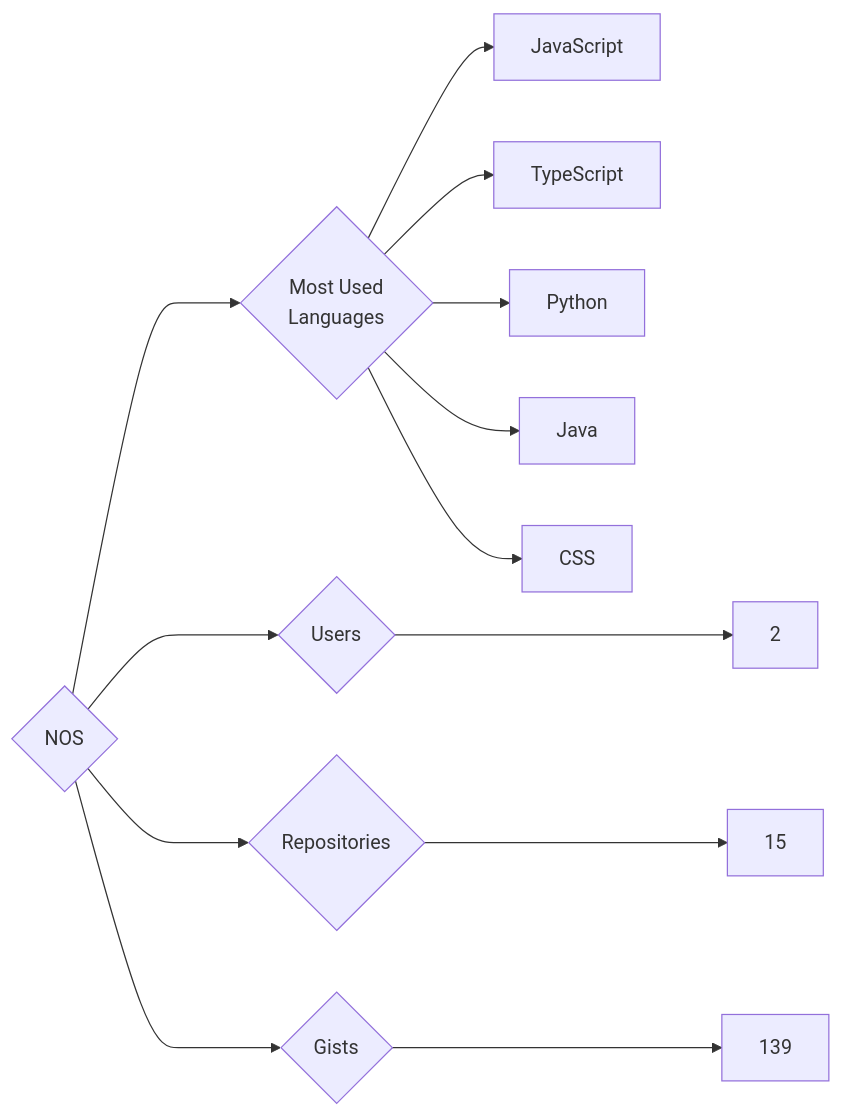
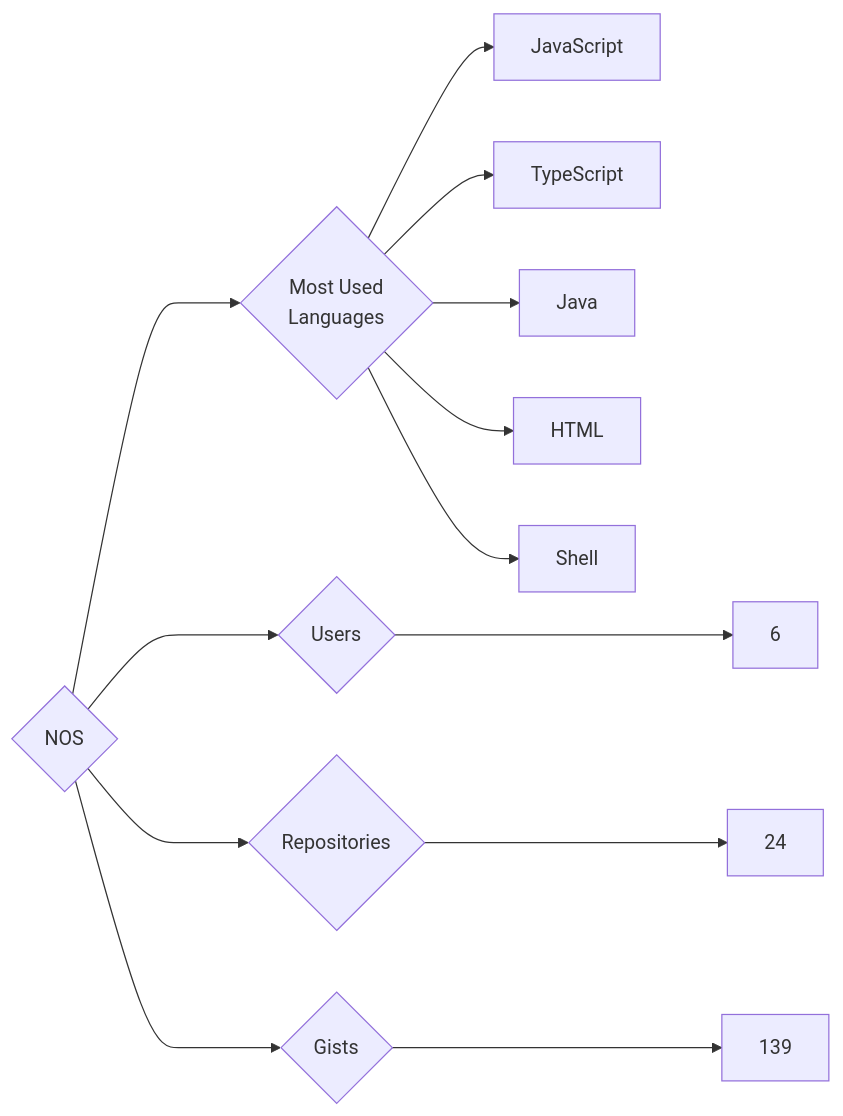
Before and after one commit to trickest/insiders: the diagram in targets/NOS/README.md, drawn with Mermaid. The commit also changed 765 other files, not shown here.

````diff
--- a/targets/NOS/README.md
+++ b/targets/NOS/README.md
@@ -3,13 +3,13 @@
 ```mermaid
 graph LR
 COMPANY_NAME{NOS}
-COMPANY_NAME ---> U{Users} ---> UN[2]
-COMPANY_NAME ---> R{Repositories} ---> RN[15]
+COMPANY_NAME ---> U{Users} ---> UN[6]
+COMPANY_NAME ---> R{Repositories} ---> RN[24]
 COMPANY_NAME ---> G{Gists} ---> GN[139]
 COMPANY_NAME ---> ML{Most Used<br>Languages}
 ML --> JavaScript[JavaScript]
 ML --> TypeScript[TypeScript]
-ML --> Python[Python]
 ML --> Java[Java]
-ML --> CSS[CSS]
+ML --> HTML[HTML]
+ML --> Shell[Shell]
 ```
````
